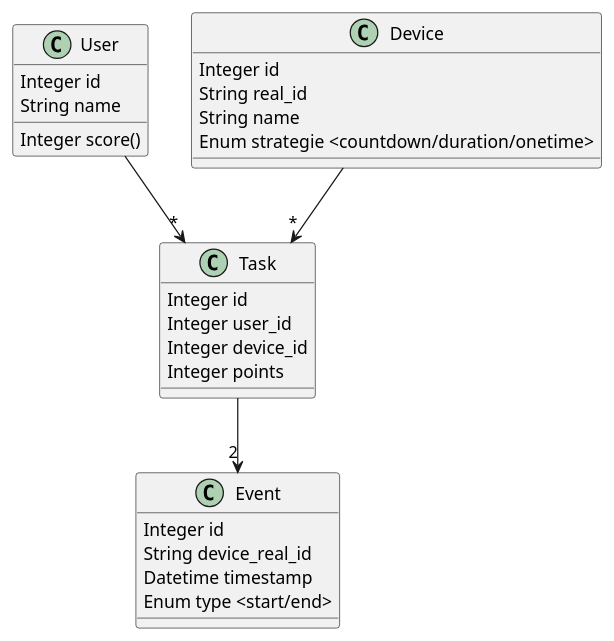
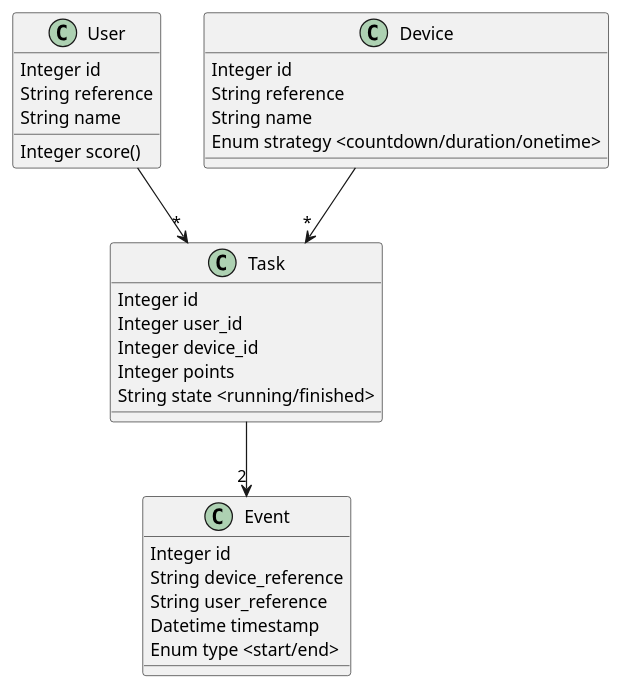
The diagram in datastructure.wsd (WgHeld/Documentation), drawn with PlantUML before and after one commit. The commit also changed 2 other files, not shown here.

```diff
--- a/datastructure.wsd
+++ b/datastructure.wsd
@@ -1,58 +1,60 @@
 ' Welcome to vizard.io
 ' This diagram will be auto-saved in your browser
 '
 ' For syntax see PlantUML Language Reference Guide:
 ' http://plantuml.sourceforge.net/PlantUML_Language_Reference_Guide.pdf
 
 
 class User{
   Integer id
+  String reference
   String name
 
   Integer score()
 }
 
 class Device{
   Integer id
-  String real_id
+  String reference
   String name
-  Enum strategie <countdown/duration/onetime>
+  Enum strategy <countdown/duration/onetime>
 
   'void methods()
 }
 
 class Task{
   Integer id
   Integer user_id
   Integer device_id
   Integer points
+  String state <running/finished>
 
   'void methods()
 }
 
 class Event{
   Integer id
-  String device_real_id
+  String device_reference
+  String user_reference
   Datetime timestamp
   Enum type <start/end>
 
   'void methods()
 }
 
 /'
 class StatusEvent{
   Integer id
-  String device_real_id
+  String device_reference
   Datetime timestamp
-  Enum type <start/end>
 
   'void methods()
 }
 '/
 
 
 User  --> "*" Task
 Device --> "*" Task
 Task --> "2" Event
 
 'Device --> "*" StatusEvent
```
